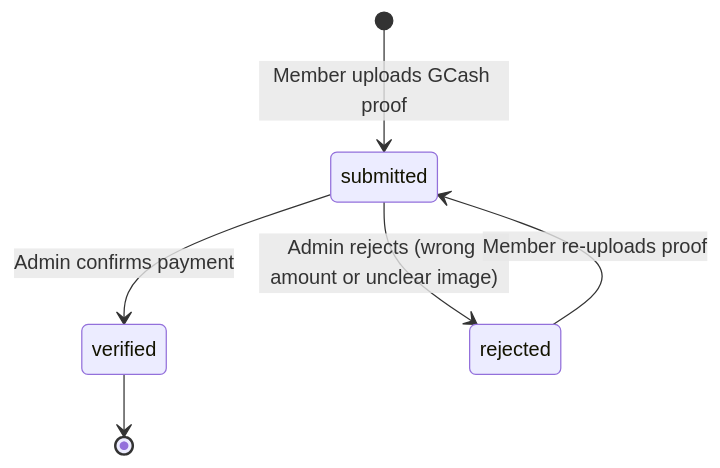
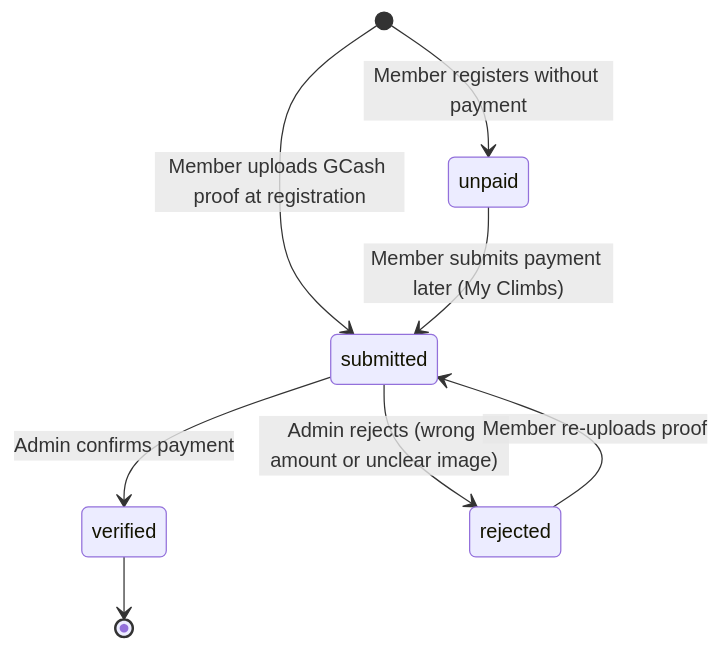
One commit to Oweeboi011/mms-open-climbs changed the fourth of 7 diagrams in docs/DATA.md. Above: the diagram before and after it, drawn with Mermaid. The commit also changed other lines of this file and 12 other files, not shown here.

````diff
--- a/docs/DATA.md
+++ b/docs/DATA.md
@@ -162,8 +162,10 @@
 ```mermaid
 stateDiagram-v2
-    [*] --> submitted : Member uploads GCash proof
+    [*] --> unpaid : Member registers without payment
+    [*] --> submitted : Member uploads GCash proof at registration
+    unpaid --> submitted : Member submits payment later (My Climbs)
     submitted --> verified : Admin confirms payment
     submitted --> rejected : Admin rejects (wrong amount or unclear image)
     rejected --> submitted : Member re-uploads proof
     verified --> [*]
 ```
````
